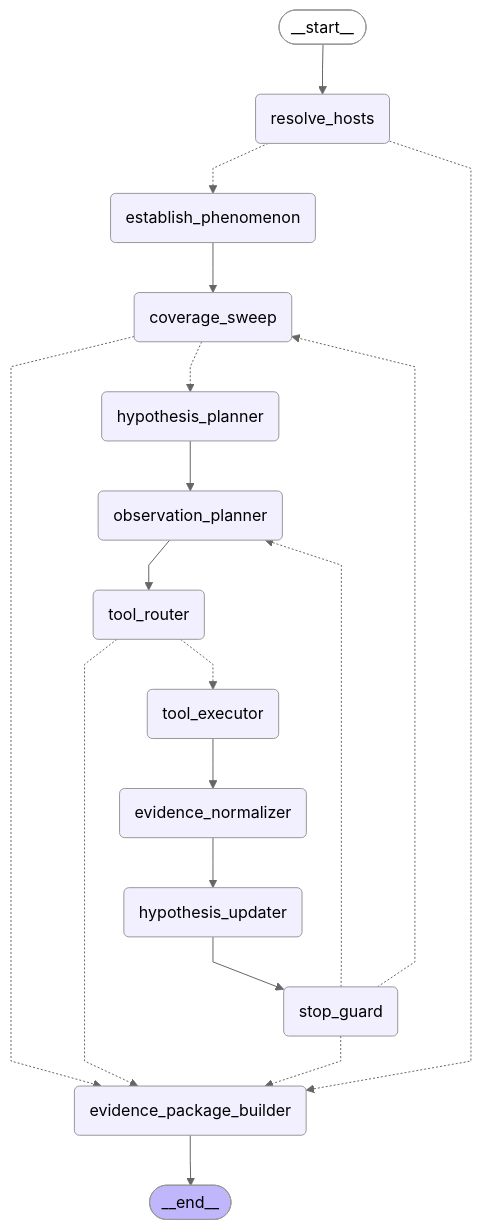
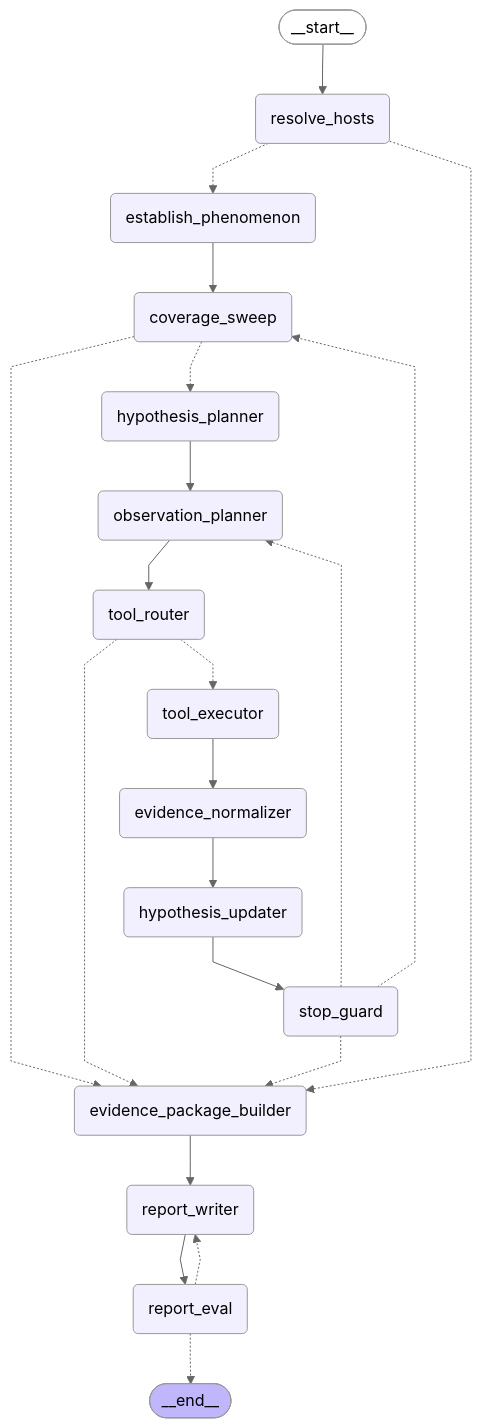
Before and after one commit to Edrient17/aiops-rca-orchestrator: the diagram in rca-api/docs/collector-graph.md, drawn with Mermaid (neutral theme). The commit also changed 8 other files, not shown here.

````diff
--- a/rca-api/docs/collector-graph.md
+++ b/rca-api/docs/collector-graph.md
@@ -10,41 +10,46 @@
 ```mermaid
 ---
 config:
   flowchart:
     curve: linear
 ---
 graph TD;
 	__start__([<p>__start__</p>]):::first
 	resolve_hosts(resolve_hosts)
 	establish_phenomenon(establish_phenomenon)
 	coverage_sweep(coverage_sweep)
 	hypothesis_planner(hypothesis_planner)
 	observation_planner(observation_planner)
 	tool_router(tool_router)
 	tool_executor(tool_executor)
 	evidence_normalizer(evidence_normalizer)
 	hypothesis_updater(hypothesis_updater)
 	stop_guard(stop_guard)
 	evidence_package_builder(evidence_package_builder)
+	report_writer(report_writer)
+	report_eval(report_eval)
 	__end__([<p>__end__</p>]):::last
 	__start__ --> resolve_hosts;
 	coverage_sweep -.-> evidence_package_builder;
 	coverage_sweep -.-> hypothesis_planner;
 	establish_phenomenon --> coverage_sweep;
 	evidence_normalizer --> hypothesis_updater;
+	evidence_package_builder --> report_writer;
 	hypothesis_planner --> observation_planner;
 	hypothesis_updater --> stop_guard;
 	observation_planner --> tool_router;
+	report_eval -.-> __end__;
+	report_eval -.-> report_writer;
+	report_writer --> report_eval;
 	resolve_hosts -.-> establish_phenomenon;
 	resolve_hosts -.-> evidence_package_builder;
 	stop_guard -.-> coverage_sweep;
 	stop_guard -.-> evidence_package_builder;
 	stop_guard -.-> observation_planner;
 	tool_executor --> evidence_normalizer;
 	tool_router -.-> evidence_package_builder;
 	tool_router -.-> tool_executor;
-	evidence_package_builder --> __end__;
 	classDef default fill:#f2f0ff,line-height:1.2
 	classDef first fill-opacity:0
 	classDef last fill:#bfb6fc
 ```
````
